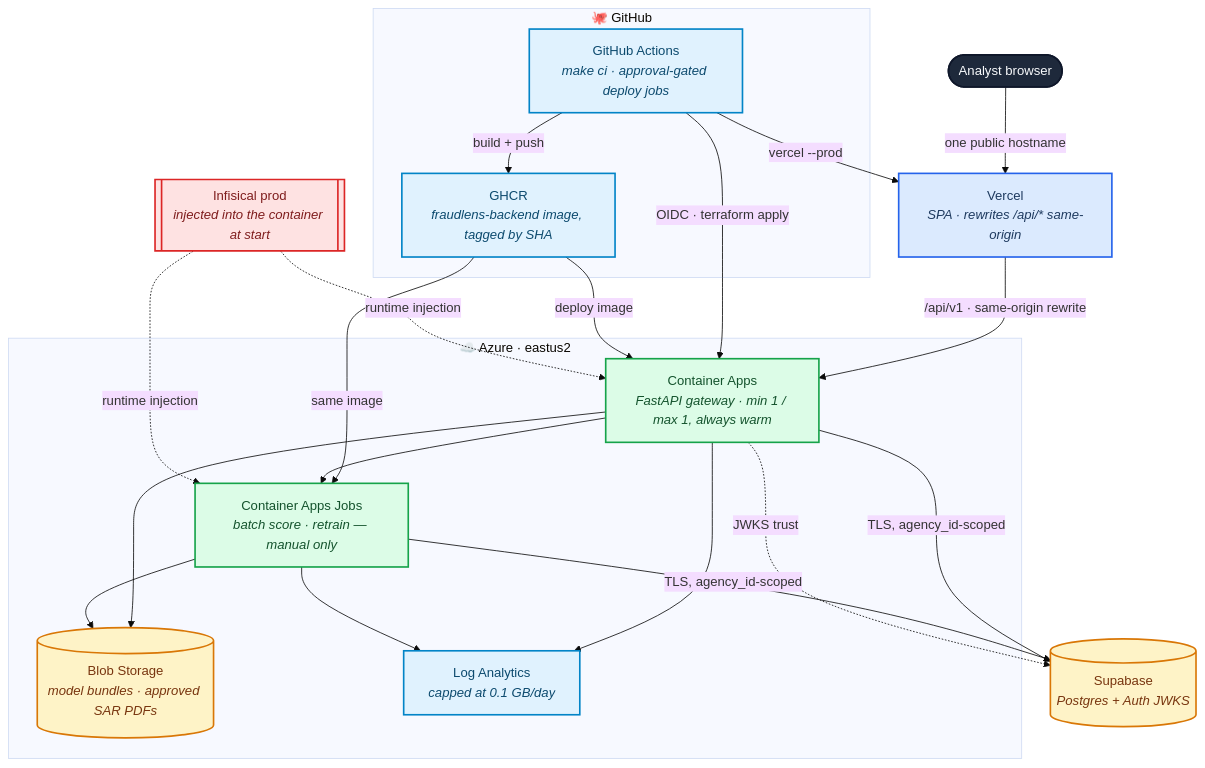
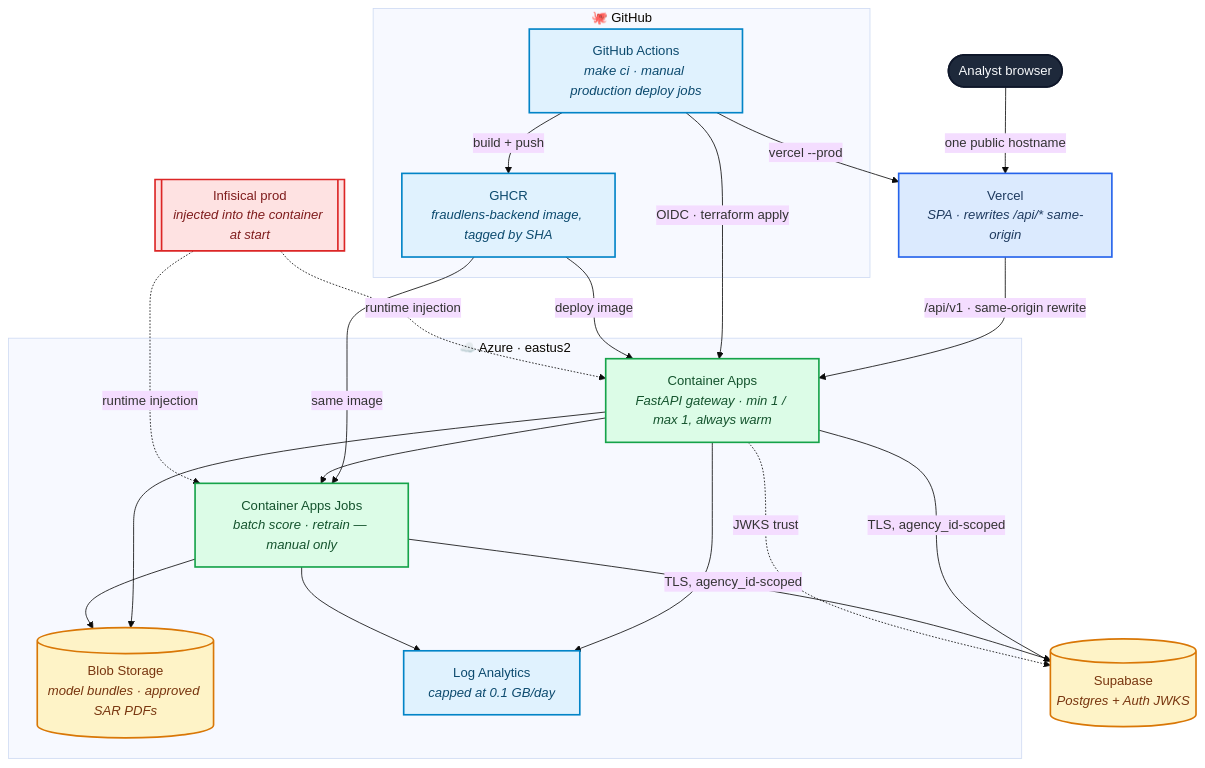
The sixth of 16 diagrams in docs/architecture/ARCHITECTURE.md (Kartik-Hirijaganer/FraudLens), drawn with Mermaid (base theme) before and after one commit. The commit also changed other lines of this file and 15 other files, not shown here.

````diff
--- a/docs/architecture/ARCHITECTURE.md
+++ b/docs/architecture/ARCHITECTURE.md
@@ -151,51 +153,51 @@
 ```mermaid
 flowchart TB
     subgraph gh["🐙 GitHub"]
-        ci["GitHub Actions<br/><i>make ci · approval-gated deploy jobs</i>"]
+        ci["GitHub Actions<br/><i>make ci · manual production deploy jobs</i>"]
         ghcr["GHCR<br/><i>fraudlens-backend image, tagged by SHA</i>"]
     end
 
     subgraph az["☁️ Azure · eastus2"]
         aca["Container Apps<br/><i>FastAPI gateway · min 1 / max 1, always warm</i>"]
         jobs["Container Apps Jobs<br/><i>batch score · retrain — manual only</i>"]
         blob[("Blob Storage<br/><i>model bundles · approved SAR PDFs</i>")]
         logs["Log Analytics<br/><i>capped at 0.1 GB/day</i>"]
     end
 
     vercel["Vercel<br/><i>SPA · rewrites /api/* same-origin</i>"]
     supabase[("Supabase<br/><i>Postgres + Auth JWKS</i>")]
     infisical[["Infisical prod<br/><i>injected into the container at start</i>"]]
     browser(["Analyst browser"])
 
     browser -->|"one public hostname"| vercel
     vercel -->|"/api/v1 · same-origin rewrite"| aca
     ci -->|"build + push"| ghcr
     ci -->|"OIDC · terraform apply"| aca
     ci -->|"vercel --prod"| vercel
     ghcr -->|"deploy image"| aca
     ghcr -->|"same image"| jobs
     aca --> jobs
     aca --> blob
     jobs --> blob
     aca -->|"TLS, agency_id-scoped"| supabase
     jobs -->|"TLS, agency_id-scoped"| supabase
     aca -.->|"JWKS trust"| supabase
     infisical -.->|"runtime injection"| aca
     infisical -.->|"runtime injection"| jobs
     aca --> logs
     jobs --> logs
 
     classDef person fill:#1e293b,stroke:#0f172a,stroke-width:2px,color:#f8fafc
     classDef web    fill:#dbeafe,stroke:#2563eb,stroke-width:2px,color:#1e3a5f
     classDef compute fill:#dcfce7,stroke:#16a34a,stroke-width:2px,color:#14532d
     classDef store  fill:#fef3c7,stroke:#d97706,stroke-width:2px,color:#78350f
     classDef opsnode fill:#e0f2fe,stroke:#0284c7,stroke-width:2px,color:#0c4a6e
     classDef secret fill:#fee2e2,stroke:#dc2626,stroke-width:2px,color:#7f1d1d
 
     class browser person
     class vercel web
     class aca,jobs compute
     class blob,supabase store
     class ci,ghcr,logs opsnode
     class infisical secret
 ```
````
